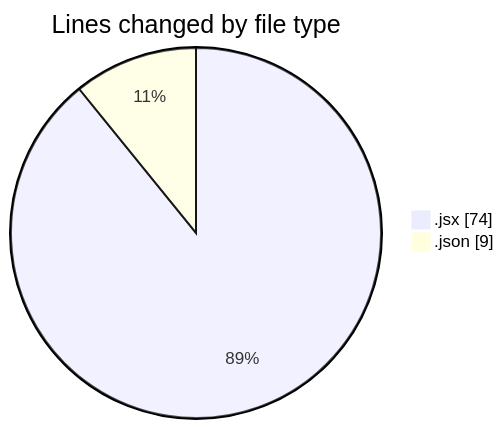
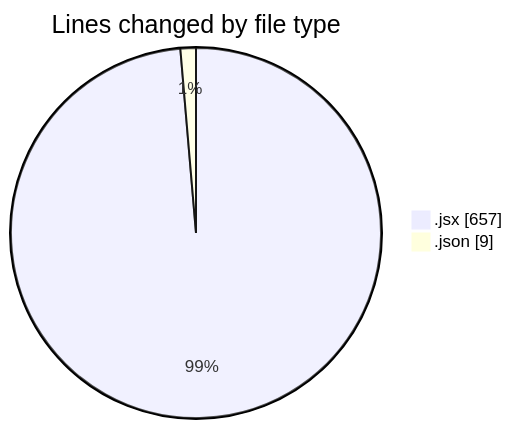
Before and after one commit to nxtqubesakshisongat/code-tracking: the first of 2 diagrams in 2025-07-31/nxtqube_webapp/README.md, drawn with Mermaid. The commit also changed other lines of this file and 1 other file, not shown here.

````diff
--- a/2025-07-31/nxtqube_webapp/README.md
+++ b/2025-07-31/nxtqube_webapp/README.md
@@ -21,6 +22,6 @@
 ```mermaid
 pie showData
 title Lines changed by file type
-".jsx" : 74
+".jsx" : 657
 ".json" : 9
 ```
````
